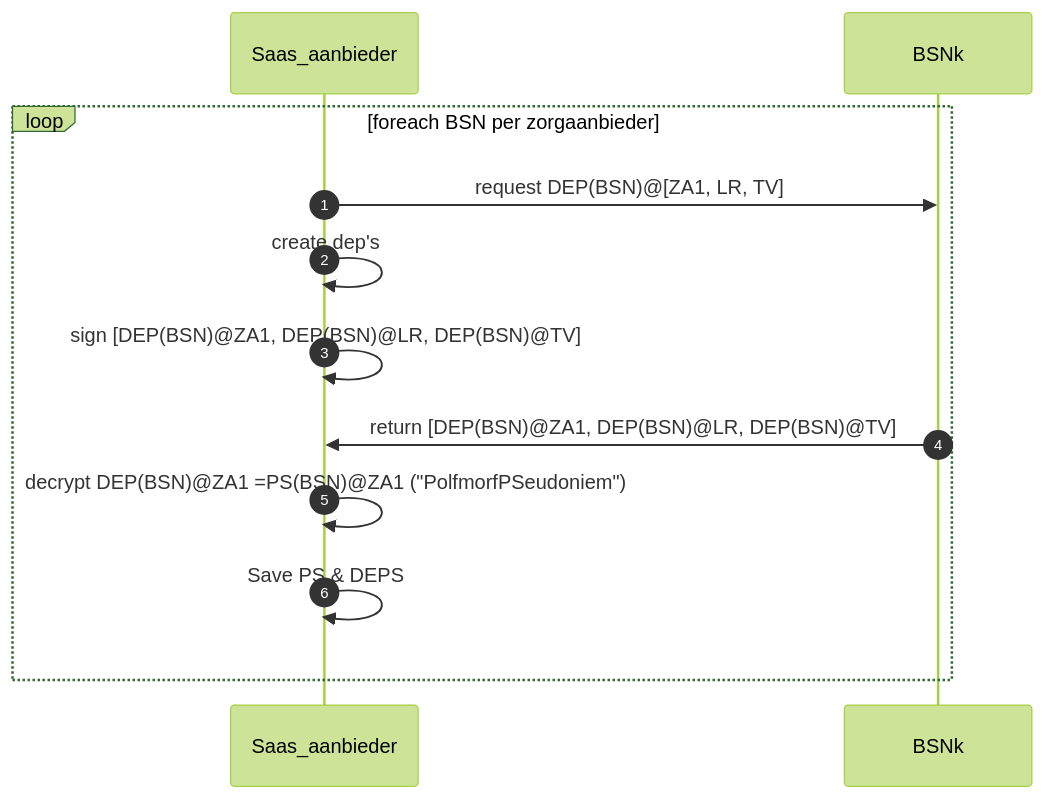
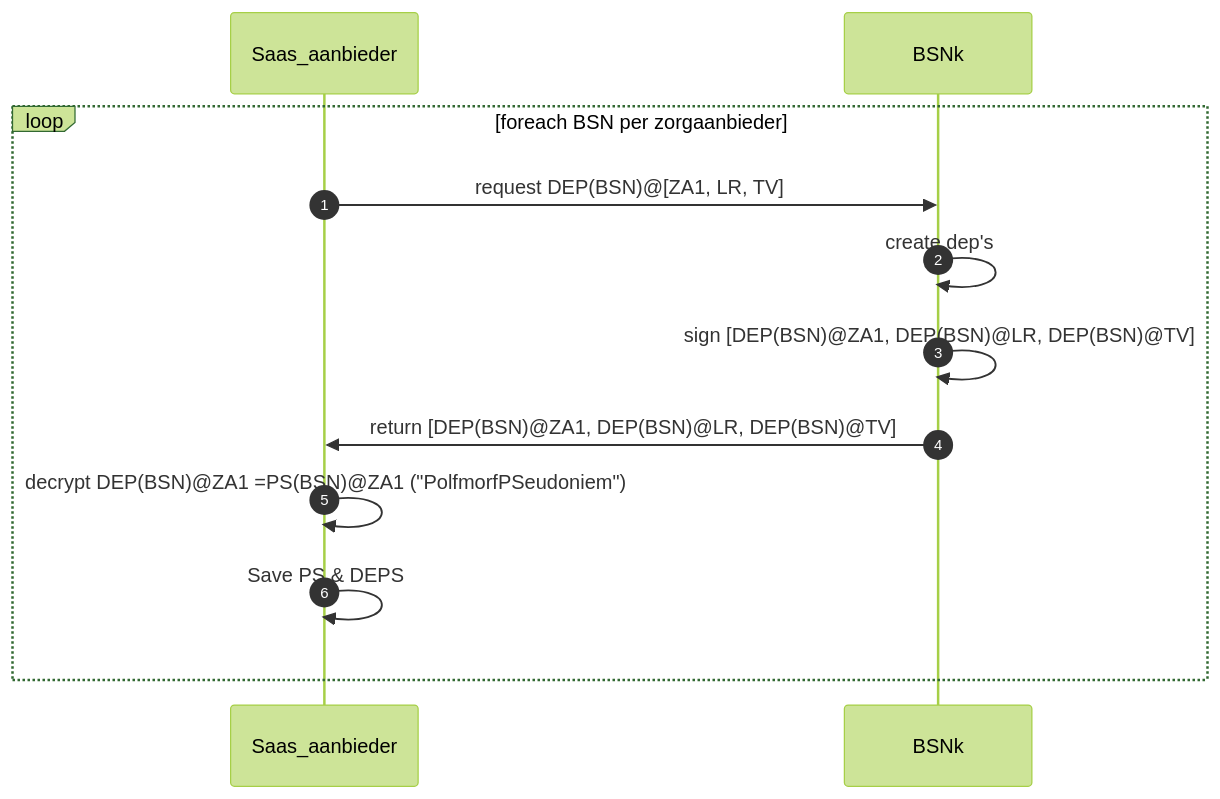
One commit to minvws/generiekefuncties-lokalisatie changed the second of 4 diagrams in architectuur/sequentie-diagrammen.md. Above: the diagram before and after it, drawn with Mermaid (forest theme).

````diff
--- a/architectuur/sequentie-diagrammen.md
+++ b/architectuur/sequentie-diagrammen.md
@@ -19,12 +19,12 @@
 ```mermaid
 sequenceDiagram
 autonumber
 loop foreach BSN per zorgaanbieder
   Saas_aanbieder ->> BSNk: request DEP(BSN)@[ZA1, LR, TV]
-  Saas_aanbieder ->> Saas_aanbieder: create dep's
-  Saas_aanbieder ->> Saas_aanbieder: sign [DEP(BSN)@ZA1, DEP(BSN)@LR, DEP(BSN)@TV]
+  BSNk ->> BSNk: create dep's
+  BSNk ->> BSNk: sign [DEP(BSN)@ZA1, DEP(BSN)@LR, DEP(BSN)@TV]
   BSNk ->> Saas_aanbieder:  return [DEP(BSN)@ZA1, DEP(BSN)@LR, DEP(BSN)@TV]
   Saas_aanbieder ->> Saas_aanbieder:  decrypt DEP(BSN)@ZA1 =PS(BSN)@ZA1 ("PolfmorfPSeudoniem")
   Saas_aanbieder ->> Saas_aanbieder:  Save PS & DEPS
 end
 ```
````
